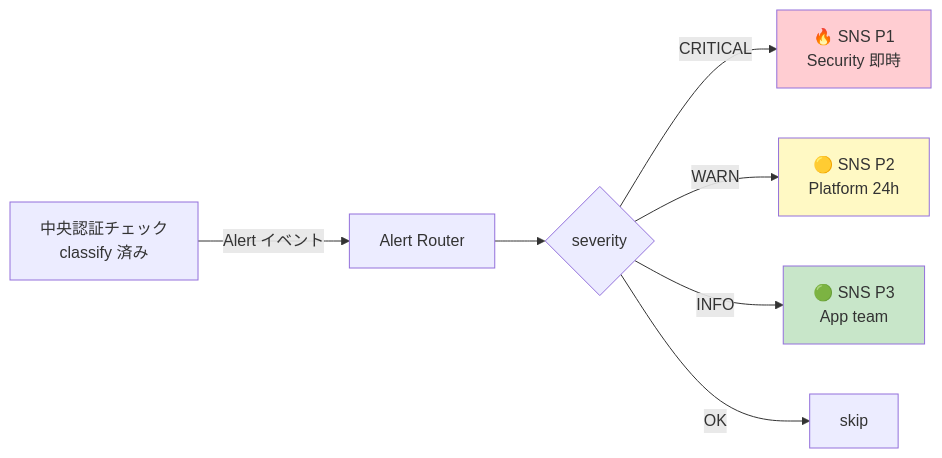
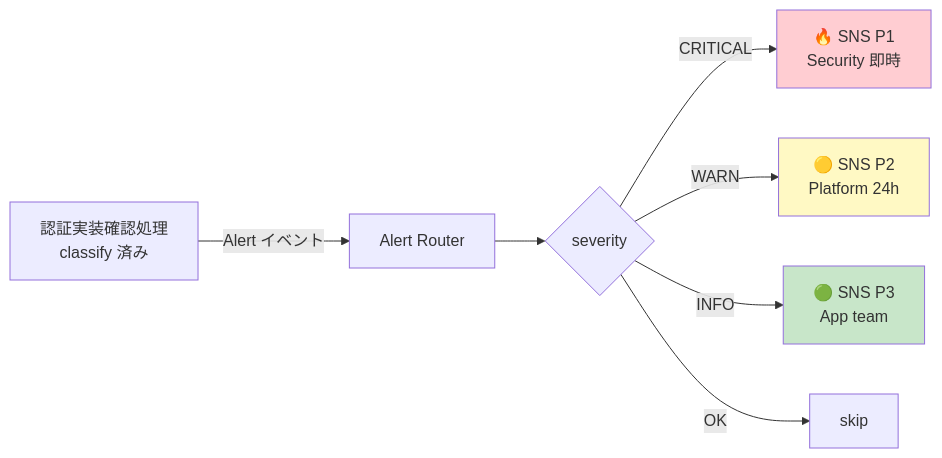
One commit to suepie/aws-atuh-poc changed the first of 2 diagrams in doc/api-platform/basic-design/15-alert-routing-design.md. Above: the diagram before and after it, drawn with Mermaid. The commit also changed other lines of this file and 27 other files, not shown here.

````diff
--- a/doc/api-platform/basic-design/15-alert-routing-design.md
+++ b/doc/api-platform/basic-design/15-alert-routing-design.md
@@ -26,12 +26,12 @@
 ```mermaid
 flowchart LR
-    CC[中央認証チェック<br/>classify 済み] -->|Alert イベント| AR[Alert Router]
+    CC[認証実装確認処理<br/>classify 済み] -->|Alert イベント| AR[Alert Router]
     AR --> D{severity}
     D -->|CRITICAL| P1[🔥 SNS P1<br/>Security 即時]
     D -->|WARN| P2[🟡 SNS P2<br/>Platform 24h]
     D -->|INFO| P3[🟢 SNS P3<br/>App team]
     D -->|OK| SKIP[skip]
     style P1 fill:#ffcdd2
     style P2 fill:#fff9c4
     style P3 fill:#c8e6c9
 ```
````
